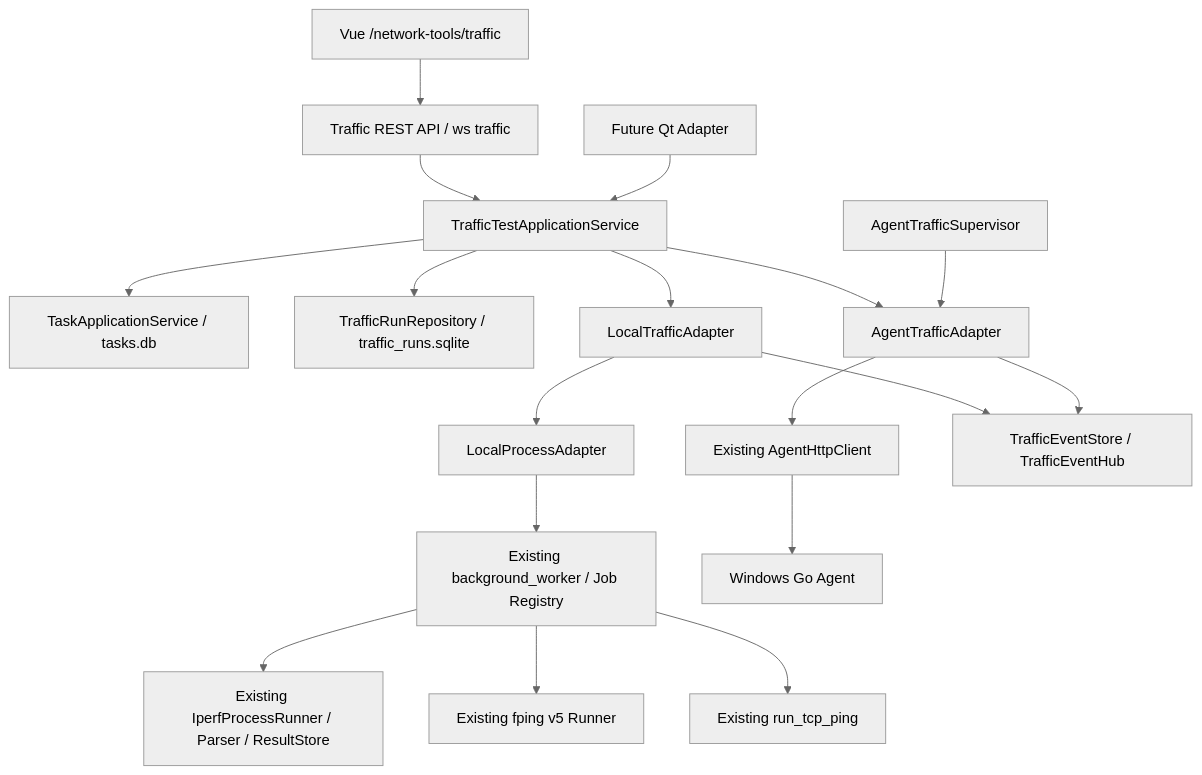
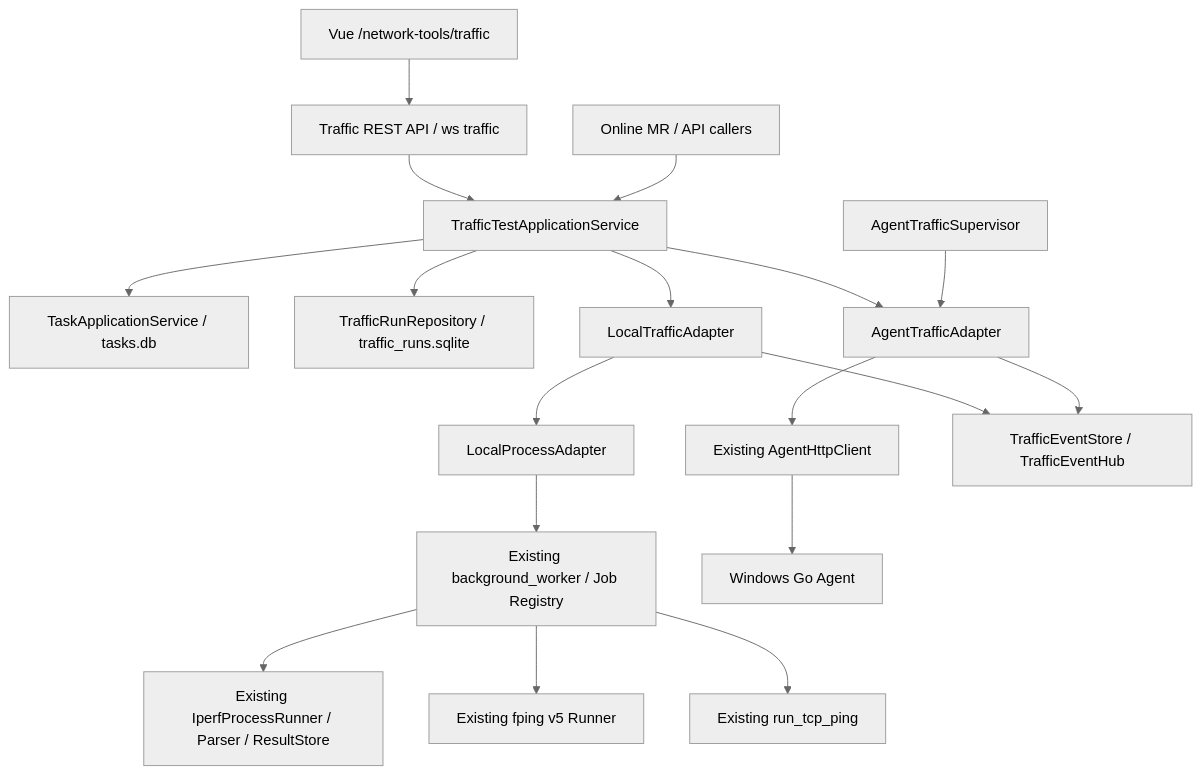
One commit to wxj183589/NetConsole changed the diagram in docs/TRAFFIC_TEST_ARCHITECTURE.md. Above: the diagram before and after it, drawn with Mermaid (neutral theme). The commit also changed other lines of this file and 79 other files, not shown here.

````diff
--- a/docs/TRAFFIC_TEST_ARCHITECTURE.md
+++ b/docs/TRAFFIC_TEST_ARCHITECTURE.md
@@ -16,20 +16,20 @@
 ```mermaid
 flowchart TD
     WEB["Vue /network-tools/traffic"] --> API["Traffic REST API / ws traffic"]
     API --> APP["TrafficTestApplicationService"]
-    CALLER["Future Qt Adapter"] --> APP
+    CALLER["Online MR / API callers"] --> APP
     APP --> TASK["TaskApplicationService / tasks.db"]
     APP --> RUNS["TrafficRunRepository / traffic_runs.sqlite"]
     APP --> LOCAL["LocalTrafficAdapter"]
     APP --> REMOTE["AgentTrafficAdapter"]
     LOCAL --> HOST["LocalProcessAdapter"]
     HOST --> WORKER["Existing background_worker / Job Registry"]
     WORKER --> IRUN["Existing IperfProcessRunner / Parser / ResultStore"]
     WORKER --> FPING["Existing fping v5 Runner"]
     WORKER --> TCP["Existing run_tcp_ping"]
     REMOTE --> CLIENT["Existing AgentHttpClient"]
     CLIENT --> AGENT["Windows Go Agent"]
     SUP["AgentTrafficSupervisor"] --> REMOTE
     LOCAL --> EVENTS["TrafficEventStore / TrafficEventHub"]
     REMOTE --> EVENTS
 ```
````
